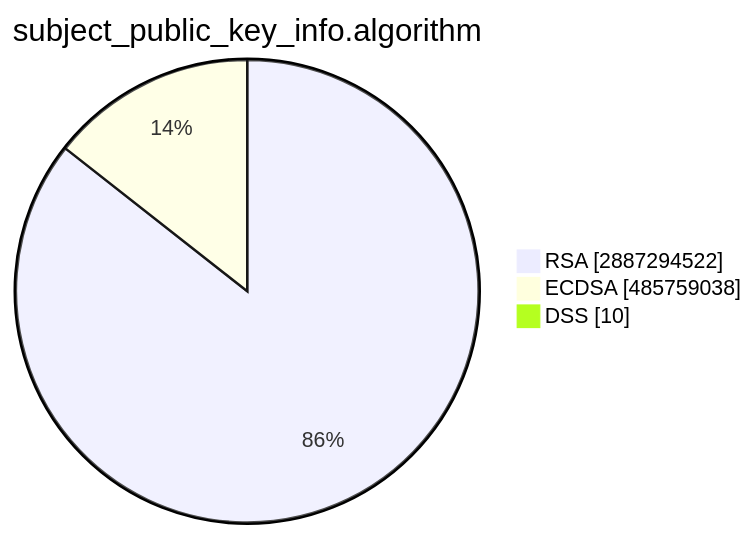
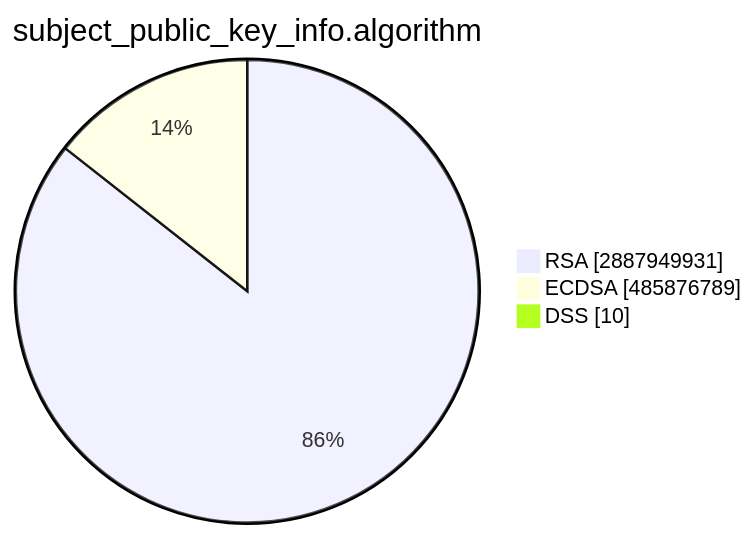
The second of 15 diagrams in TOTAL/README.md (christiankrug/ctmonitor_visualization), drawn with Mermaid before and after one commit. The commit also changed other lines of this file, not shown here.

````diff
--- a/TOTAL/README.md
+++ b/TOTAL/README.md
@@ -6,7 +6,7 @@
 ```mermaid
 pie showData
 title subject_public_key_info.algorithm
-"RSA" :2887294522
-"ECDSA" :485759038
+"RSA" :2887949931
+"ECDSA" :485876789
 "DSS" :10
 ```
````
